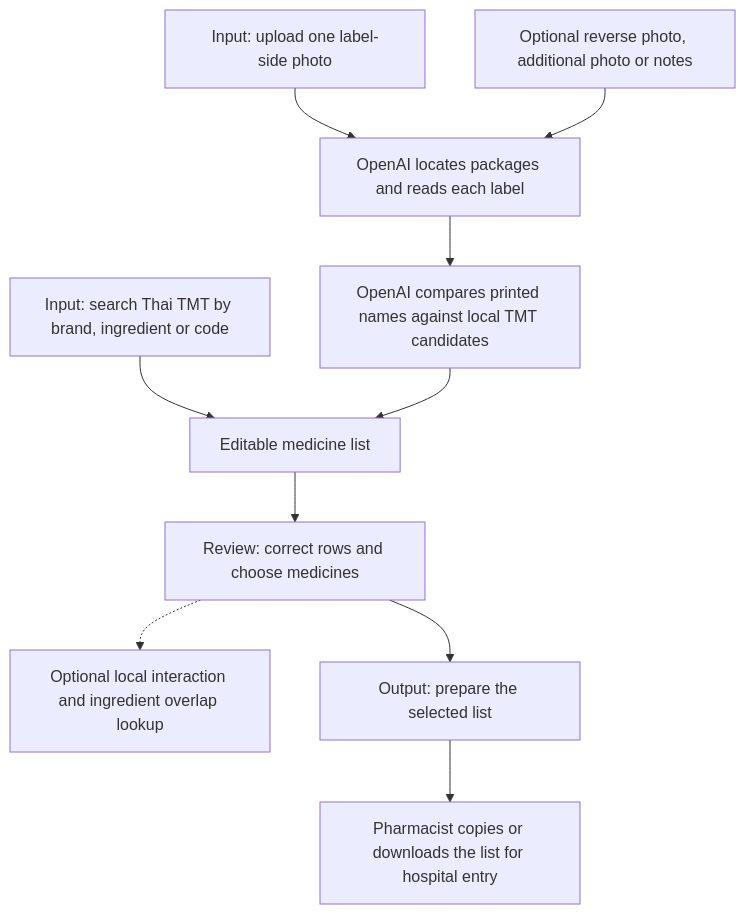
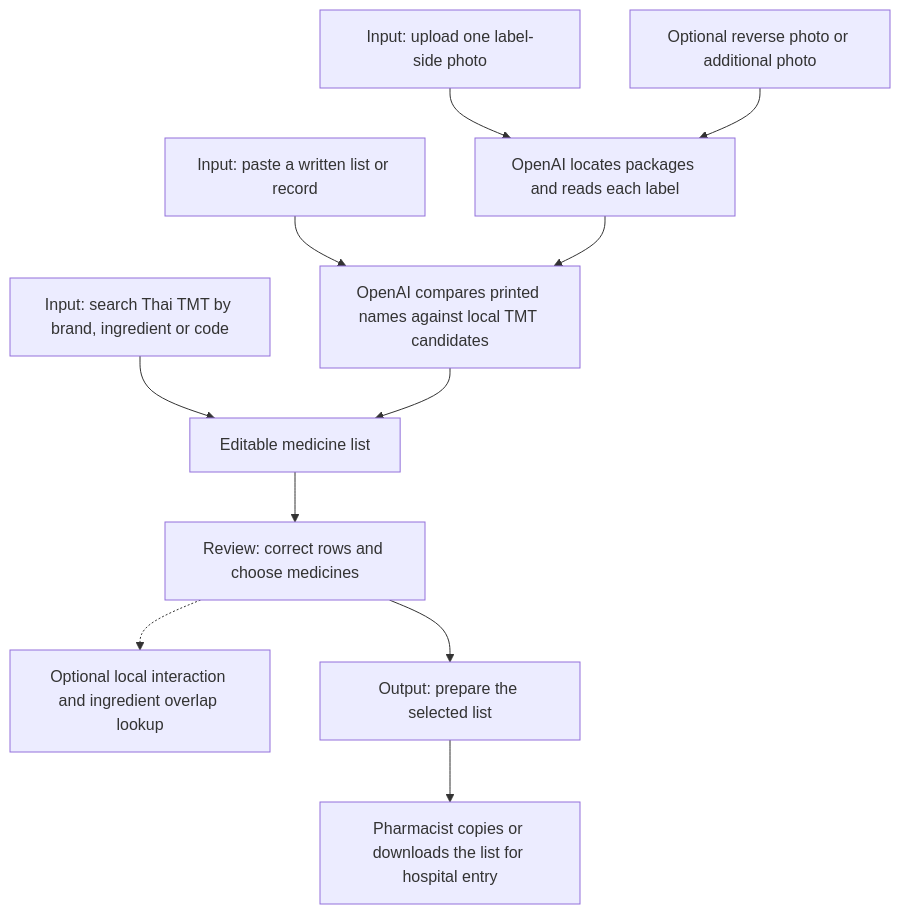
One commit to pakornds/Medication-Reader changed the diagram in docs/specs/medication-reader-v1.md. Above: the diagram before and after it, drawn with Mermaid. The commit also changed other lines of this file and 12 other files, not shown here.

````diff
--- a/docs/specs/medication-reader-v1.md
+++ b/docs/specs/medication-reader-v1.md
@@ -13,12 +13,13 @@
 ```mermaid
 flowchart TD
   manual["Input: search Thai TMT by brand, ingredient or code"] --> row["Editable medicine list"]
   front["Input: upload one label-side photo"] --> locate["OpenAI locates packages and reads each label"]
-  extra["Optional reverse photo, additional photo or notes"] --> locate
+  extra["Optional reverse photo or additional photo"] --> locate
+  text["Input: paste a written list or record"] --> match
   locate --> match["OpenAI compares printed names against local TMT candidates"]
   match --> row
   row --> review["Review: correct rows and choose medicines"]
   review -.-> check["Optional local interaction and ingredient overlap lookup"]
   review --> output["Output: prepare the selected list"]
   output --> handoff["Pharmacist copies or downloads the list for hospital entry"]
 ```
````
